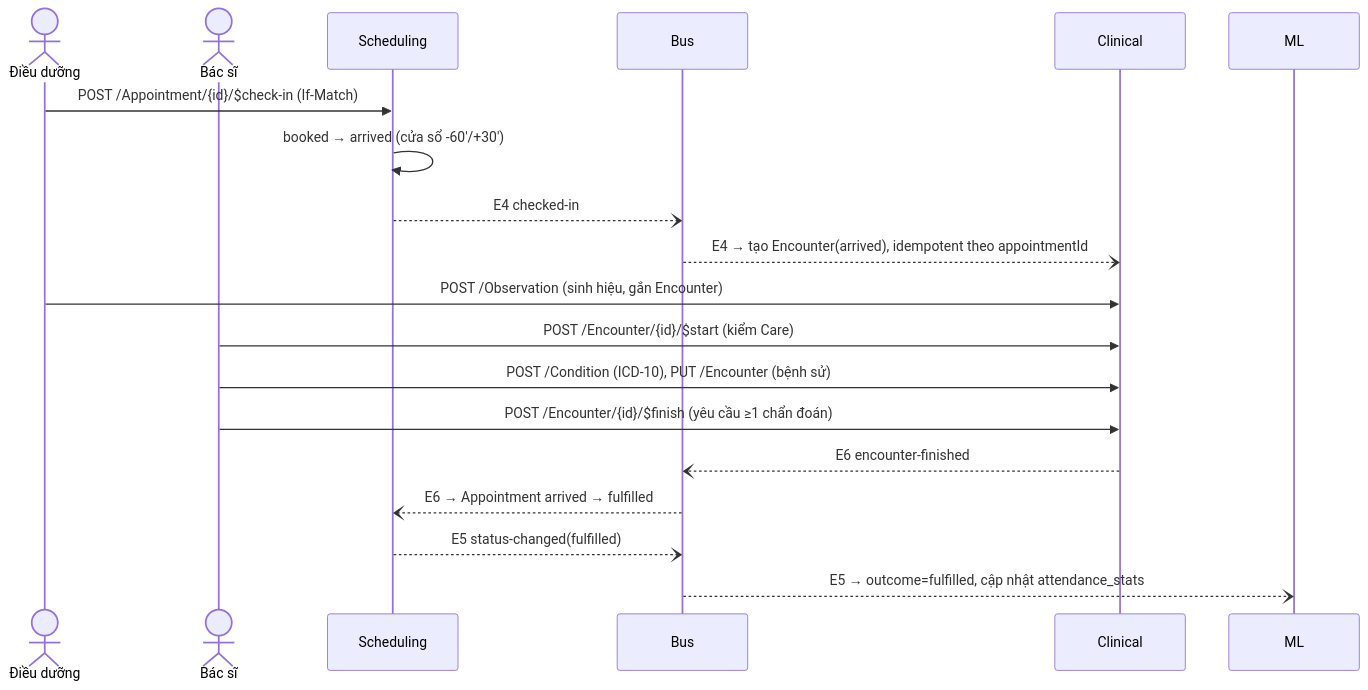
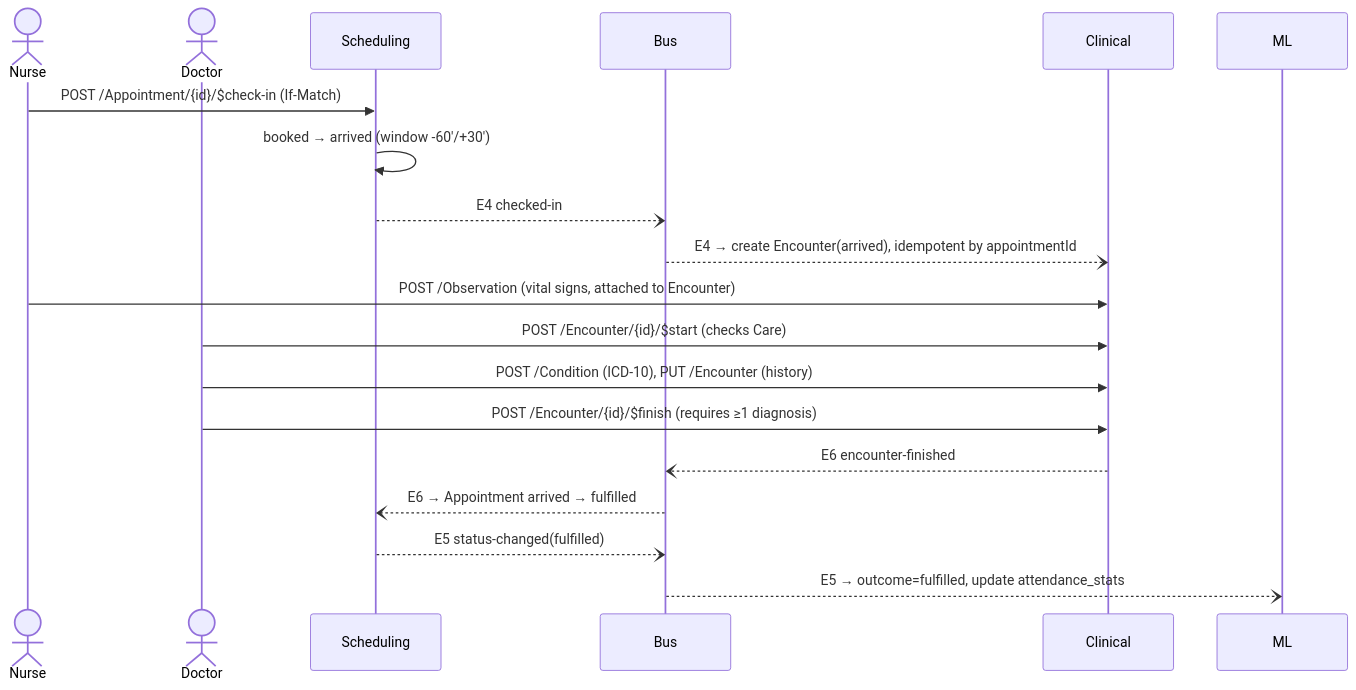
Before and after one commit to viethung12062005/smart-hospital-platform: the third of 6 diagrams in docs/03-architecture/detailed-design/14-sequences.md, drawn with Mermaid. The commit also changed other lines of this file and 346 other files, not shown here.

````diff
--- a/docs/03-architecture/detailed-design/14-sequences.md
+++ b/docs/03-architecture/detailed-design/14-sequences.md
@@ -88,22 +88,22 @@
 ```mermaid
 sequenceDiagram
-    actor N as Điều dưỡng
-    actor D as Bác sĩ
+    actor N as Nurse
+    actor D as Doctor
     participant SCH as Scheduling
     participant BUS as Bus
     participant CLN as Clinical
     participant ML as ML
 
     N->>SCH: POST /Appointment/{id}/$check-in (If-Match)
-    SCH->>SCH: booked → arrived (cửa sổ -60'/+30')
+    SCH->>SCH: booked → arrived (window -60'/+30')
     SCH--)BUS: E4 checked-in
-    BUS--)CLN: E4 → tạo Encounter(arrived), idempotent theo appointmentId
-    N->>CLN: POST /Observation (sinh hiệu, gắn Encounter)
-    D->>CLN: POST /Encounter/{id}/$start (kiểm Care)
-    D->>CLN: POST /Condition (ICD-10), PUT /Encounter (bệnh sử)
-    D->>CLN: POST /Encounter/{id}/$finish (yêu cầu ≥1 chẩn đoán)
+    BUS--)CLN: E4 → create Encounter(arrived), idempotent by appointmentId
+    N->>CLN: POST /Observation (vital signs, attached to Encounter)
+    D->>CLN: POST /Encounter/{id}/$start (checks Care)
+    D->>CLN: POST /Condition (ICD-10), PUT /Encounter (history)
+    D->>CLN: POST /Encounter/{id}/$finish (requires ≥1 diagnosis)
     CLN--)BUS: E6 encounter-finished
     BUS--)SCH: E6 → Appointment arrived → fulfilled
     SCH--)BUS: E5 status-changed(fulfilled)
-    BUS--)ML: E5 → outcome=fulfilled, cập nhật attendance_stats
+    BUS--)ML: E5 → outcome=fulfilled, update attendance_stats
 ```
````
